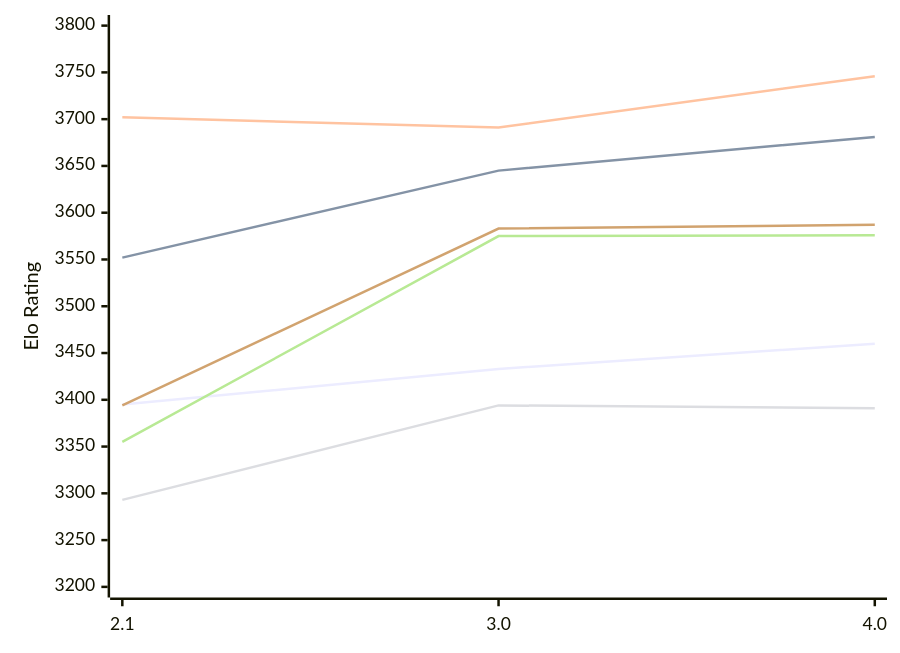
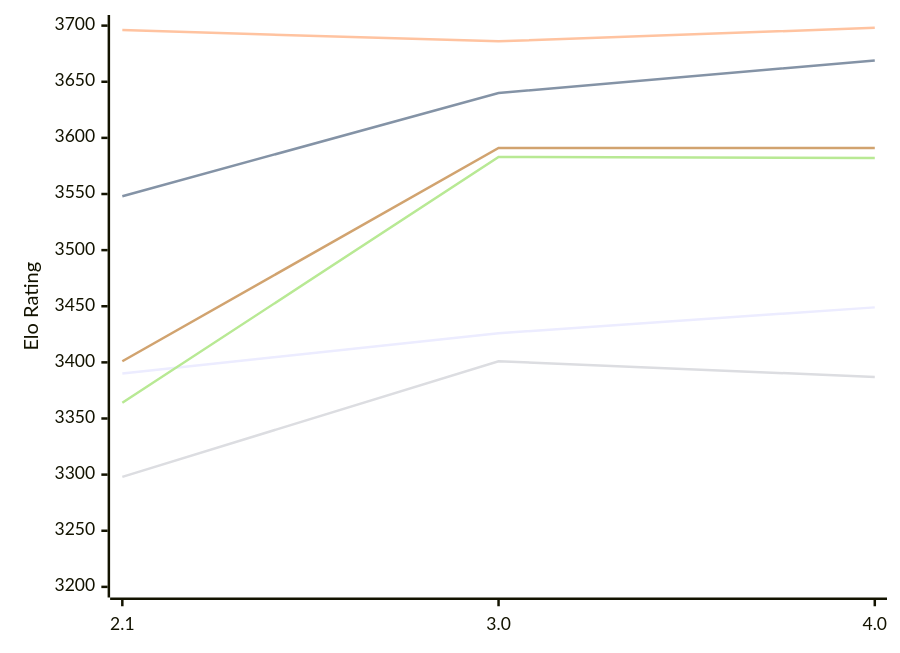
One commit to computer-chess-index/cci changed the first of 2 diagrams in engines/Hobbes.md. Above: the diagram before and after it, drawn with Mermaid. The commit also changed other lines of this file, not shown here.

Commit message:
Update CCI Ratings (ELO VLTC) - 2026-11-18

````diff
--- a/engines/Hobbes.md
+++ b/engines/Hobbes.md
@@ -53,12 +53,12 @@
 ```mermaid
 %%{init: {"theme":"base","themeVariables":{"seriesColors:['#a3a3a3','#222221','#faa371']}}}%%
 xychart-beta
   x-axis ["2.1", "3.0", "4.0"]
-  y-axis "Elo Rating" 3200 --> 3800
-  line "E1: STC (8.0+0.08s)" [3395, 3433, 3460]
-  line "E1: LTC (60.0+0.60s)" [3552, 3645, 3681]
-  line "E1: VLTC (2m24s+1.12s)" [3702, 3691, 3746]
-  line "P1: STC (8.0+0.08s)" [3293, 3394, 3391]
-  line "P1: LTC (60.0+0.60s)" [3355, 3575, 3576]
-  line "P1: VLTC (2m24s+1.12s)" [3394, 3583, 3587]
+  y-axis "Elo Rating" 3200 --> 3700
+  line "E1: STC (8.0+0.08s)" [3390, 3426, 3449]
+  line "E1: LTC (60.0+0.60s)" [3548, 3640, 3669]
+  line "E1: VLTC (2m24s+1.12s)" [3696, 3686, 3698]
+  line "P1: STC (8.0+0.08s)" [3298, 3401, 3387]
+  line "P1: LTC (60.0+0.60s)" [3364, 3583, 3582]
+  line "P1: VLTC (2m24s+1.12s)" [3401, 3591, 3591]
 ```
````
